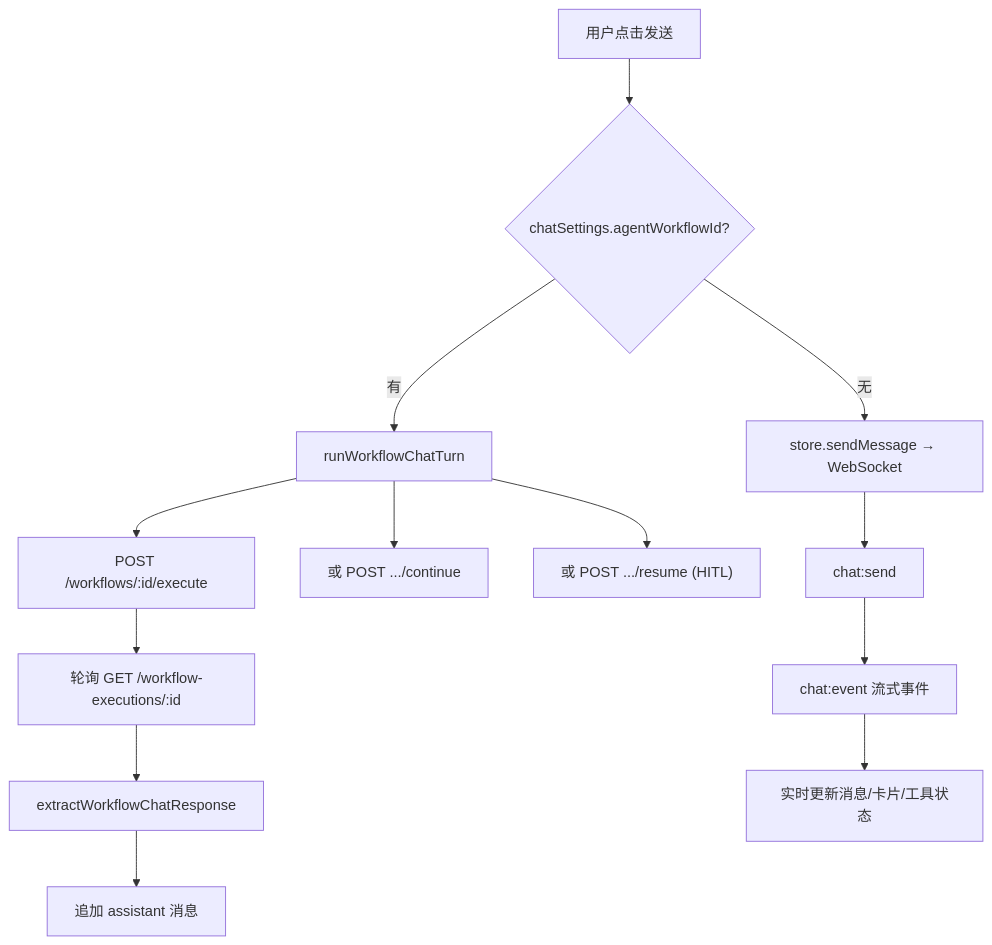
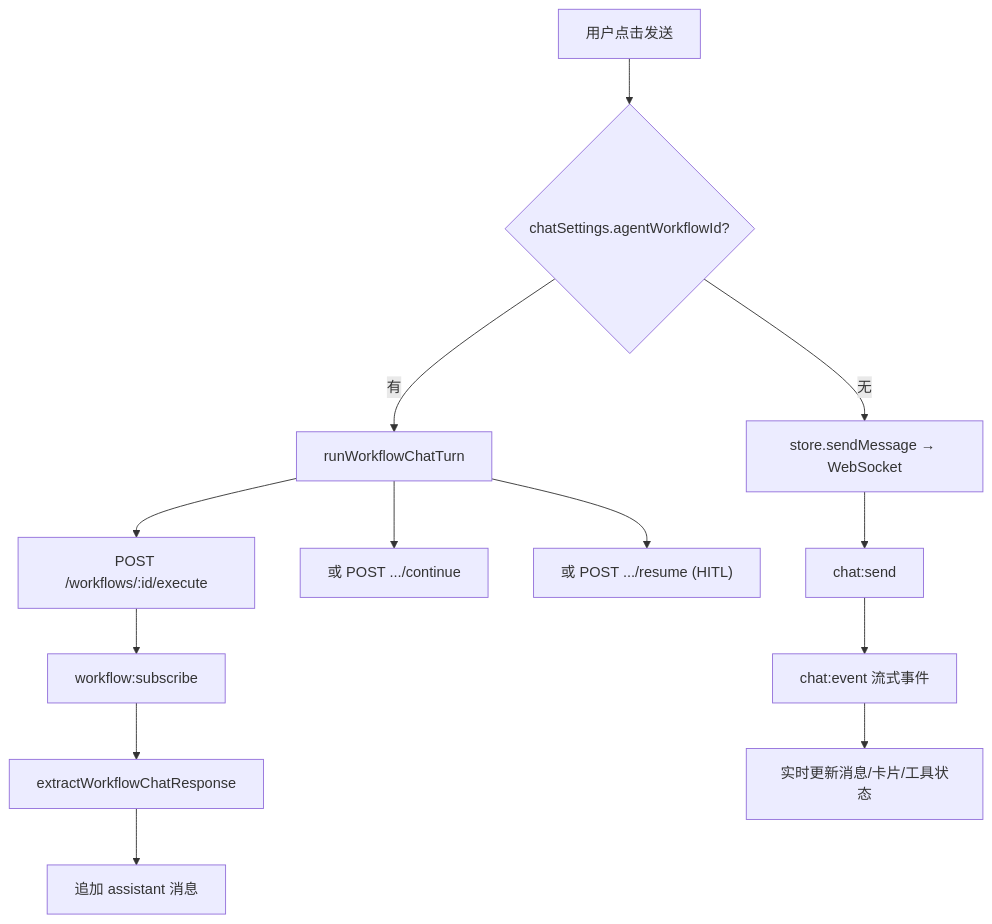
Before and after one commit to nan1010082085/ai-platform: the first of 11 diagrams in docs/design/chat.md, drawn with Mermaid. The commit also changed other lines of this file and 85 other files, not shown here.

````diff
--- a/docs/design/chat.md
+++ b/docs/design/chat.md
@@ -59,18 +59,18 @@
 ```mermaid
 flowchart TD
   Send["用户点击发送"] --> CheckWF{"chatSettings.agentWorkflowId?"}
 
   CheckWF -->|有| WFPath["runWorkflowChatTurn"]
   CheckWF -->|无| LGPath["store.sendMessage → WebSocket"]
 
   WFPath --> Execute["POST /workflows/:id/execute"]
   WFPath --> Continue["或 POST .../continue"]
   WFPath --> Resume["或 POST .../resume (HITL)"]
-  Execute --> Poll["轮询 GET /workflow-executions/:id"]
-  Poll --> Parse["extractWorkflowChatResponse"]
+  Execute --> WS["workflow:subscribe"]
+  WS --> Parse["extractWorkflowChatResponse"]
   Parse --> ShowMsg["追加 assistant 消息"]
 
   LGPath --> Socket["chat:send"]
   Socket --> Events["chat:event 流式事件"]
   Events --> StreamUI["实时更新消息/卡片/工具状态"]
 ```
````
